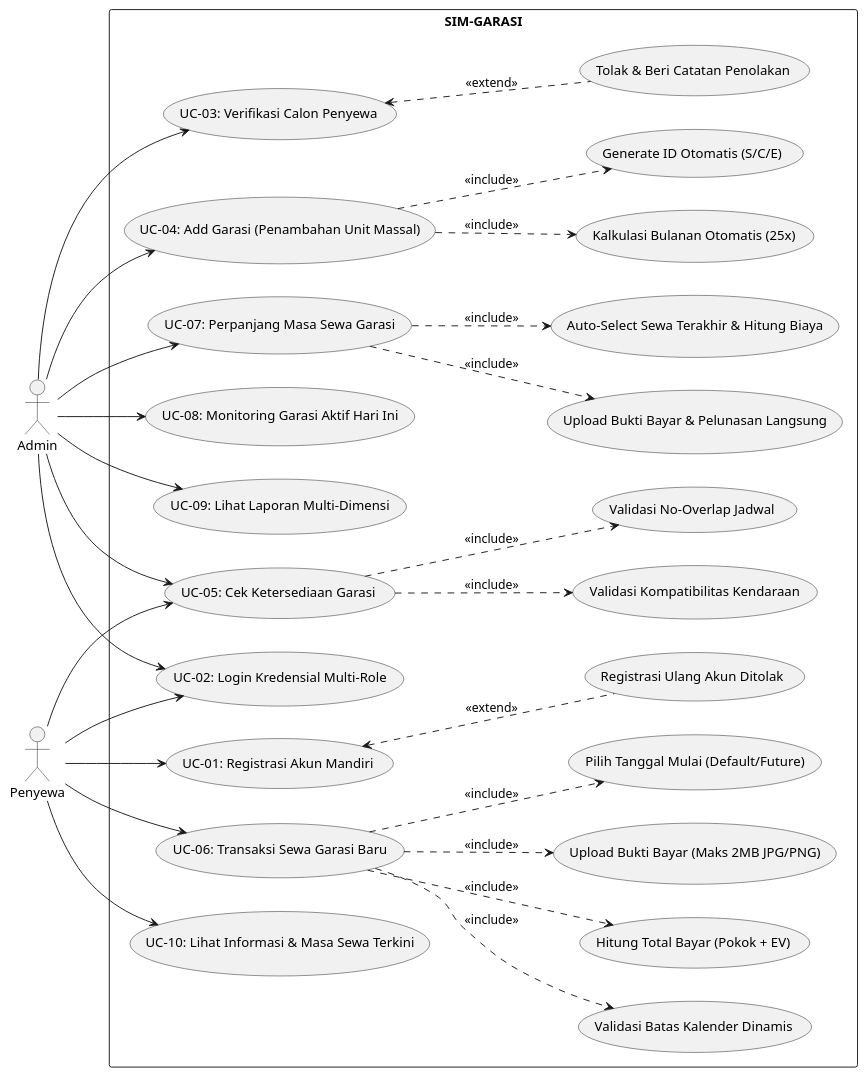
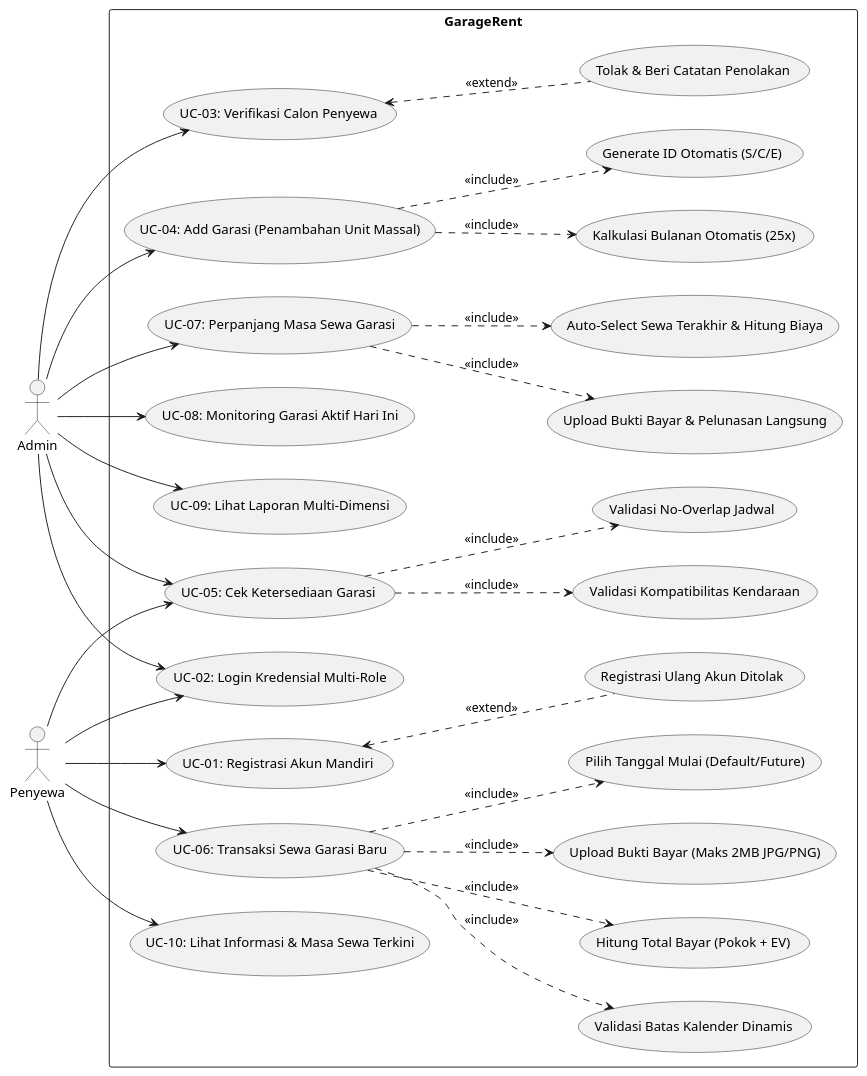
The second of 5 diagrams in docs/Software_Design_Document_SIM_Garasi.md (rachelletjndr/GarageRent), drawn with PlantUML before and after one commit. The commit also changed other lines of this file and 13 other files, not shown here.

Commit message:
chore: rename application branding from SIM-Garasi to GarageRent

````diff
--- a/docs/Software_Design_Document_SIM_Garasi.md
+++ b/docs/Software_Design_Document_SIM_Garasi.md
@@ -164,66 +164,66 @@
 ```plantuml
 @startuml
 left to right direction
 skinparam packageStyle rectangle
 
 actor "Admin" as admin
 actor "Penyewa" as penyewa
 
-rectangle "SIM-GARASI" {
+rectangle "GarageRent" {
   usecase "UC-01: Registrasi Akun Mandiri" as UC01
   usecase "Registrasi Ulang Akun Ditolak" as UC01_Ext
   usecase "UC-02: Login Kredensial Multi-Role" as UC02
   usecase "UC-03: Verifikasi Calon Penyewa" as UC03
   usecase "Tolak & Beri Catatan Penolakan" as UC03_Ext
   
   usecase "UC-04: Add Garasi (Penambahan Unit Massal)" as UC04
   usecase "Generate ID Otomatis (S/C/E)" as UC04_Inc1
   usecase "Kalkulasi Bulanan Otomatis (25x)" as UC04_Inc2
   
   usecase "UC-05: Cek Ketersediaan Garasi" as UC05
   usecase "Validasi Kompatibilitas Kendaraan" as UC05_Inc1
   usecase "Validasi No-Overlap Jadwal" as UC05_Inc2
   
   usecase "UC-06: Transaksi Sewa Garasi Baru" as UC06
   usecase "Pilih Tanggal Mulai (Default/Future)" as UC06_Inc1
   usecase "Validasi Batas Kalender Dinamis" as UC06_Inc2
   usecase "Hitung Total Bayar (Pokok + EV)" as UC06_Inc3
   usecase "Upload Bukti Bayar (Maks 2MB JPG/PNG)" as UC06_Inc4
   
   usecase "UC-07: Perpanjang Masa Sewa Garasi" as UC07
   usecase "Auto-Select Sewa Terakhir & Hitung Biaya" as UC07_Inc1
   usecase "Upload Bukti Bayar & Pelunasan Langsung" as UC07_Inc2
   
   usecase "UC-08: Monitoring Garasi Aktif Hari Ini" as UC08
   usecase "UC-09: Lihat Laporan Multi-Dimensi" as UC09
   usecase "UC-10: Lihat Informasi & Masa Sewa Terkini" as UC10
 }
 
 penyewa --> UC01
 penyewa --> UC02
 penyewa --> UC05
 penyewa --> UC06
 penyewa --> UC10
 
 admin --> UC02
 admin --> UC03
 admin --> UC04
 admin --> UC05
 admin --> UC07
 admin --> UC08
 admin --> UC09
 
 UC01 <.. UC01_Ext : <<extend>>
 UC03 <.. UC03_Ext : <<extend>>
 UC04 ..> UC04_Inc1 : <<include>>
 UC04 ..> UC04_Inc2 : <<include>>
 UC05 ..> UC05_Inc1 : <<include>>
 UC05 ..> UC05_Inc2 : <<include>>
 UC06 ..> UC06_Inc1 : <<include>>
 UC06 ..> UC06_Inc2 : <<include>>
 UC06 ..> UC06_Inc3 : <<include>>
 UC06 ..> UC06_Inc4 : <<include>>
 UC07 ..> UC07_Inc1 : <<include>>
 UC07 ..> UC07_Inc2 : <<include>>
 @enduml
 ```
````
